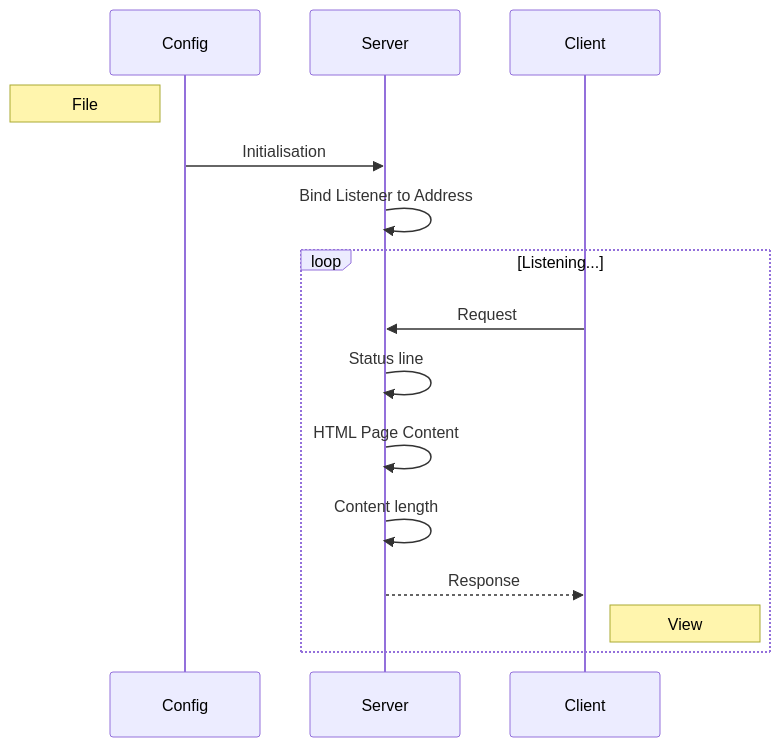
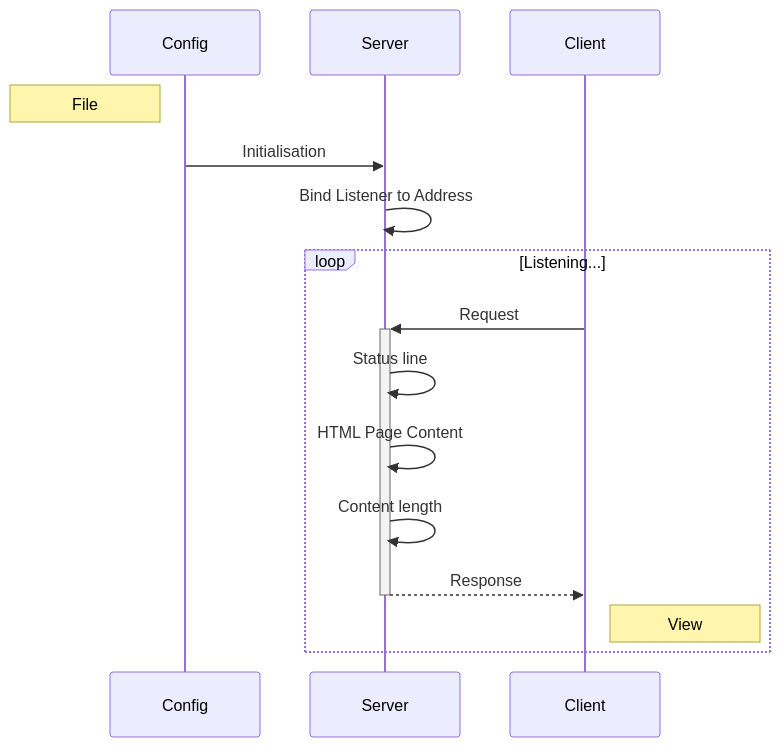
The second of 2 diagrams in README.md (8lkc/localhost), drawn with Mermaid before and after one commit. The commit also changed 5 other files, not shown here.

````diff
--- a/README.md
+++ b/README.md
@@ -142,16 +142,16 @@
 ```mermaid
 sequenceDiagram
 
 Note left of Config: File
 Config ->> Server: Initialisation
 Server ->> Server: Bind Listener to Address
 
 loop Listening...
-  Client ->> Server: Request
+  Client ->>+ Server: Request
   Server ->> Server: Status line
   Server ->> Server: HTML Page Content
   Server ->> Server: Content length
-  Server -->> Client: Response
+  Server -->>- Client: Response
   Note right of Client: View
 end
 ```
````
